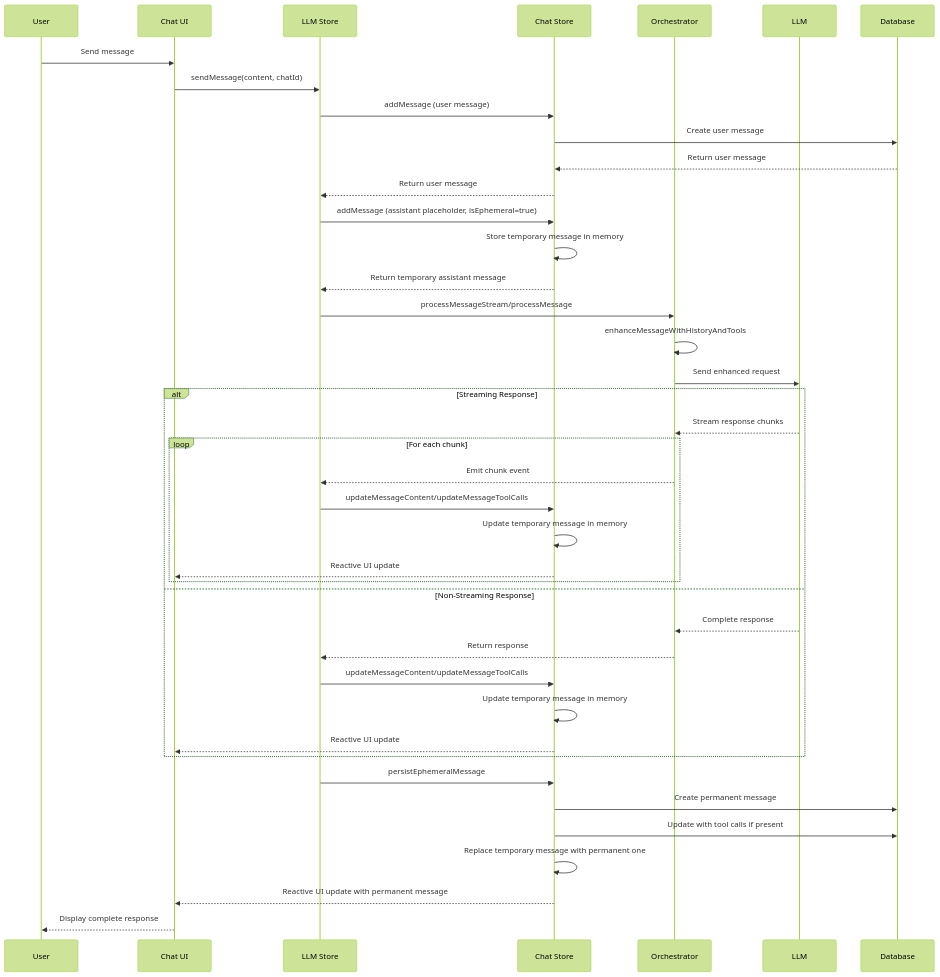
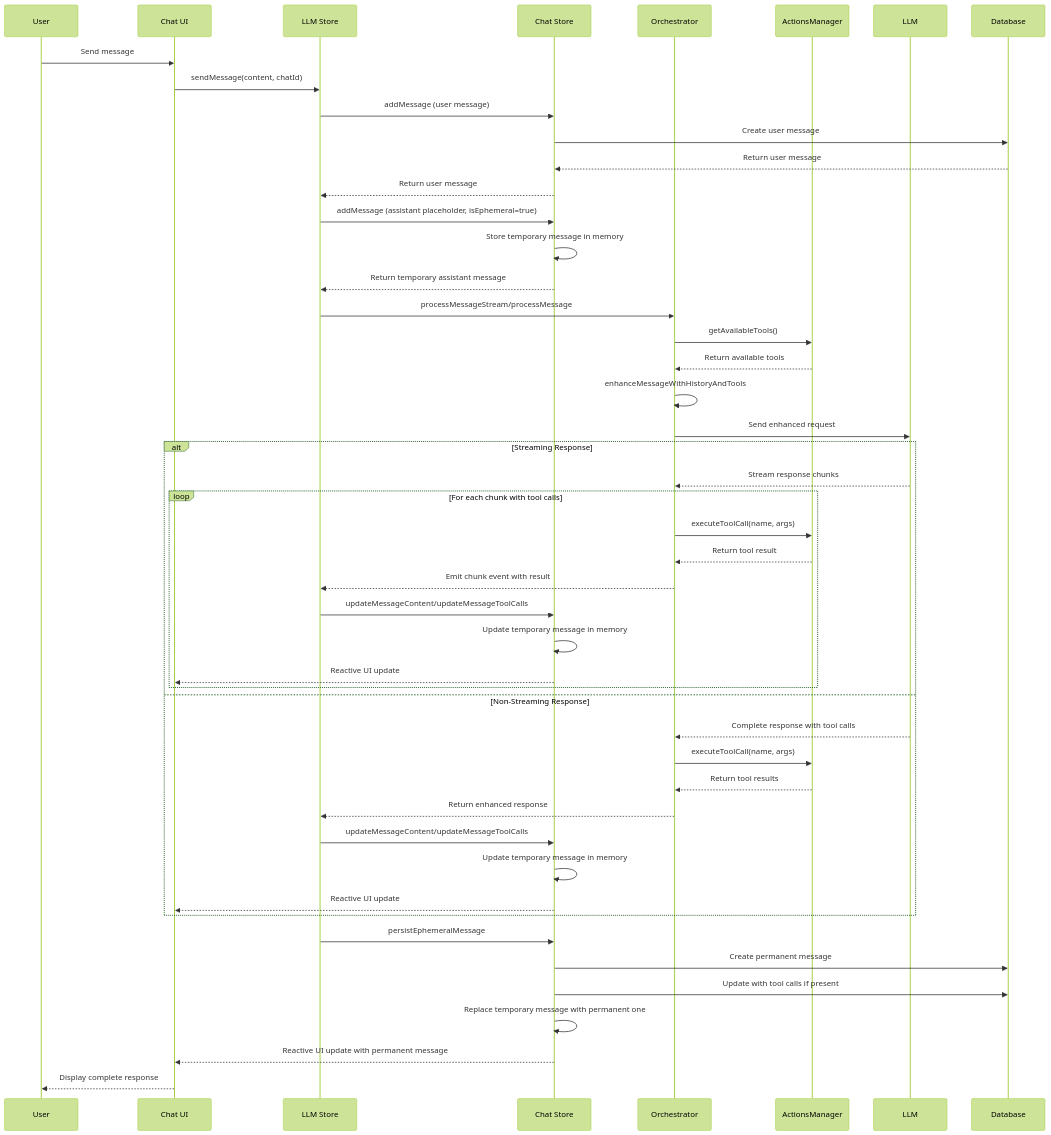
One commit to mrsimpson/piddie changed the fourth of 6 diagrams in packages/llm-integration/README.md. Above: the diagram before and after it, drawn with Mermaid (forest theme). The commit also changed other lines of this file and 32 other files, not shown here.

````diff
--- a/packages/llm-integration/README.md
+++ b/packages/llm-integration/README.md
@@ -203,50 +211,57 @@
 ```mermaid
 sequenceDiagram
     participant User
     participant ChatUI as Chat UI
     participant LlmStore as LLM Store
     participant ChatStore as Chat Store
     participant Orchestrator
+    participant ActionsManager
     participant LLM
     participant DB as Database
 
     User->>ChatUI: Send message
     ChatUI->>LlmStore: sendMessage(content, chatId)
 
     LlmStore->>ChatStore: addMessage (user message)
     ChatStore->>DB: Create user message
     DB-->>ChatStore: Return user message
     ChatStore-->>LlmStore: Return user message
 
     LlmStore->>ChatStore: addMessage (assistant placeholder, isEphemeral=true)
     ChatStore->>ChatStore: Store temporary message in memory
     ChatStore-->>LlmStore: Return temporary assistant message
 
     LlmStore->>Orchestrator: processMessageStream/processMessage
+    Orchestrator->>ActionsManager: getAvailableTools()
+    ActionsManager-->>Orchestrator: Return available tools
     Orchestrator->>Orchestrator: enhanceMessageWithHistoryAndTools
     Orchestrator->>LLM: Send enhanced request
 
     alt Streaming Response
         LLM-->>Orchestrator: Stream response chunks
-        loop For each chunk
-            Orchestrator-->>LlmStore: Emit chunk event
+        loop For each chunk with tool calls
+            Orchestrator->>ActionsManager: executeToolCall(name, args)
+            ActionsManager-->>Orchestrator: Return tool result
+            Orchestrator-->>LlmStore: Emit chunk event with result
             LlmStore->>ChatStore: updateMessageContent/updateMessageToolCalls
             ChatStore->>ChatStore: Update temporary message in memory
             ChatStore-->>ChatUI: Reactive UI update
         end
     else Non-Streaming Response
-        LLM-->>Orchestrator: Complete response
-        Orchestrator-->>LlmStore: Return response
+        LLM-->>Orchestrator: Complete response with tool calls
+        Orchestrator->>ActionsManager: executeToolCall(name, args)
+        ActionsManager-->>Orchestrator: Return tool results
+        Orchestrator-->>LlmStore: Return enhanced response
         LlmStore->>ChatStore: updateMessageContent/updateMessageToolCalls
         ChatStore->>ChatStore: Update temporary message in memory
         ChatStore-->>ChatUI: Reactive UI update
     end
 
     LlmStore->>ChatStore: persistEphemeralMessage
     ChatStore->>DB: Create permanent message
     ChatStore->>DB: Update with tool calls if present
     ChatStore->>ChatStore: Replace temporary message with permanent one
     ChatStore-->>ChatUI: Reactive UI update with permanent message
 
     ChatUI-->>User: Display complete response
 ```
````
